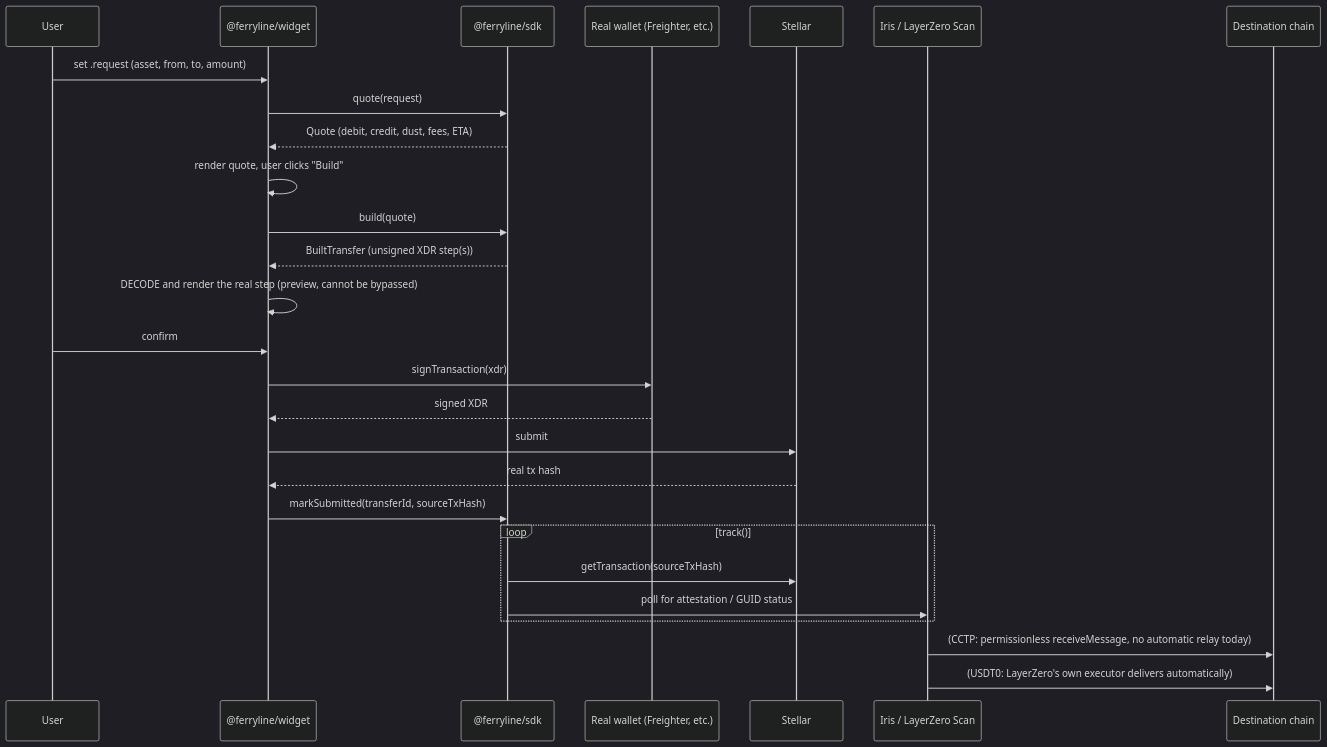
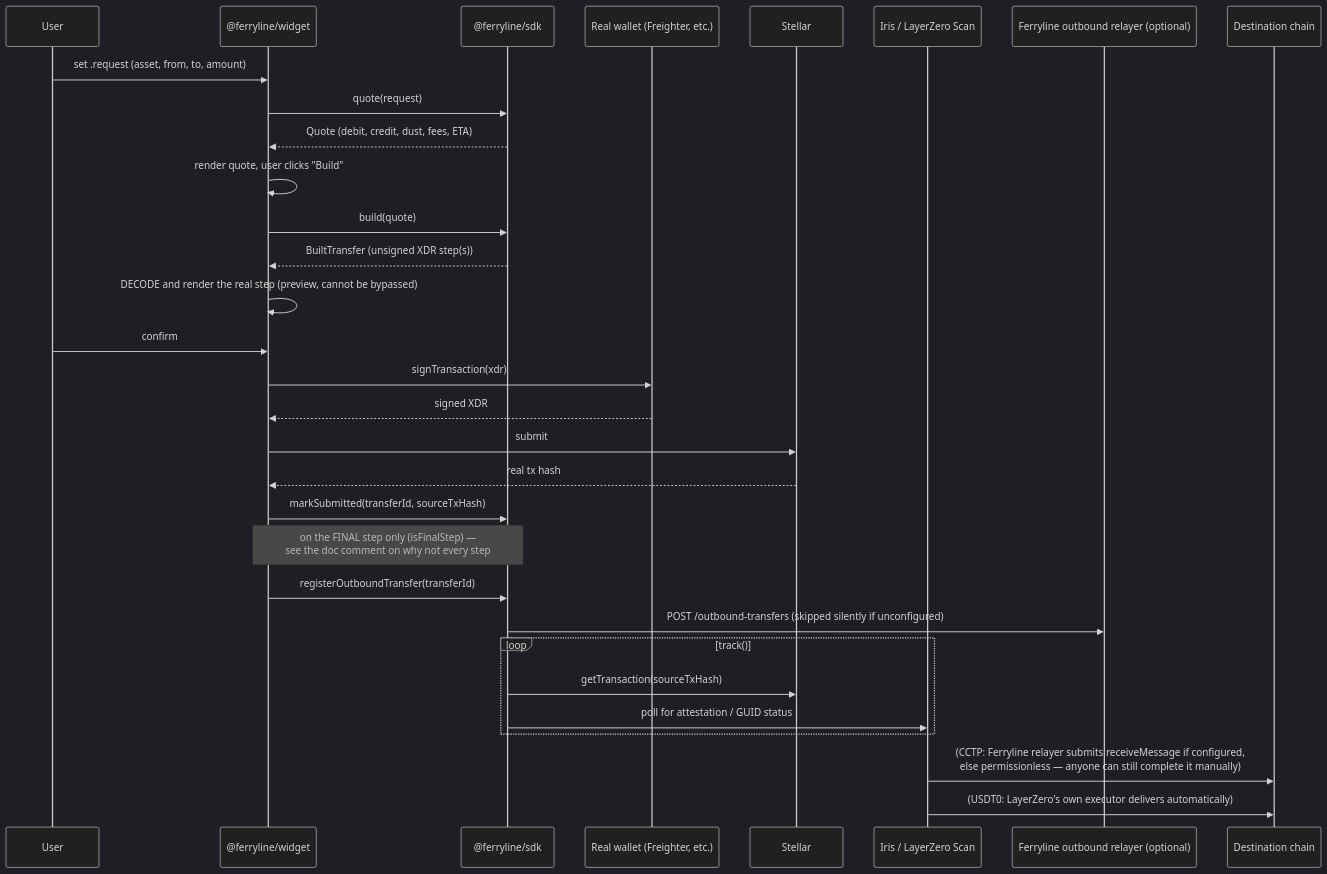
One commit to ferryline-labs/ferryline changed the second of 3 diagrams in ARCHITECTURE.md. Above: the diagram before and after it, drawn with Mermaid (dark theme). The commit also changed other lines of this file and 5 other files, not shown here.

````diff
--- a/ARCHITECTURE.md
+++ b/ARCHITECTURE.md
@@ -327,30 +333,34 @@
 ```mermaid
 sequenceDiagram
   participant User
   participant Widget as @ferryline/widget
   participant SDK as @ferryline/sdk
   participant Wallet as Real wallet (Freighter, etc.)
   participant Stellar
   participant Attest as Iris / LayerZero Scan
+  participant Relayer as Ferryline outbound relayer (optional)
   participant EVM as Destination chain
 
   User->>Widget: set .request (asset, from, to, amount)
   Widget->>SDK: quote(request)
   SDK-->>Widget: Quote (debit, credit, dust, fees, ETA)
   Widget->>Widget: render quote, user clicks "Build"
   Widget->>SDK: build(quote)
   SDK-->>Widget: BuiltTransfer (unsigned XDR step(s))
   Widget->>Widget: DECODE and render the real step (preview, cannot be bypassed)
   User->>Widget: confirm
   Widget->>Wallet: signTransaction(xdr)
   Wallet-->>Widget: signed XDR
   Widget->>Stellar: submit
   Stellar-->>Widget: real tx hash
   Widget->>SDK: markSubmitted(transferId, sourceTxHash)
+  Note over Widget,SDK: on the FINAL step only (isFinalStep) —<br/>see the doc comment on why not every step
+  Widget->>SDK: registerOutboundTransfer(transferId)
+  SDK->>Relayer: POST /outbound-transfers (skipped silently if unconfigured)
   loop track()
     SDK->>Stellar: getTransaction(sourceTxHash)
     SDK->>Attest: poll for attestation / GUID status
   end
-  Attest->>EVM: (CCTP: permissionless receiveMessage, no automatic relay today)
+  Attest->>EVM: (CCTP: Ferryline relayer submits receiveMessage if configured,<br/>else permissionless — anyone can still complete it manually)
   Attest->>EVM: (USDT0: LayerZero's own executor delivers automatically)
 ```
````
